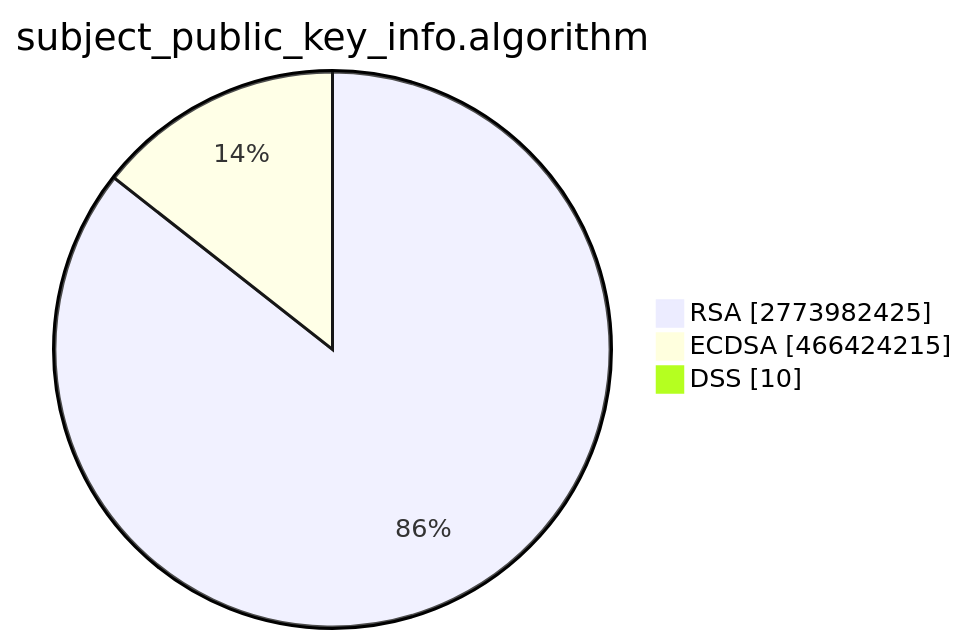
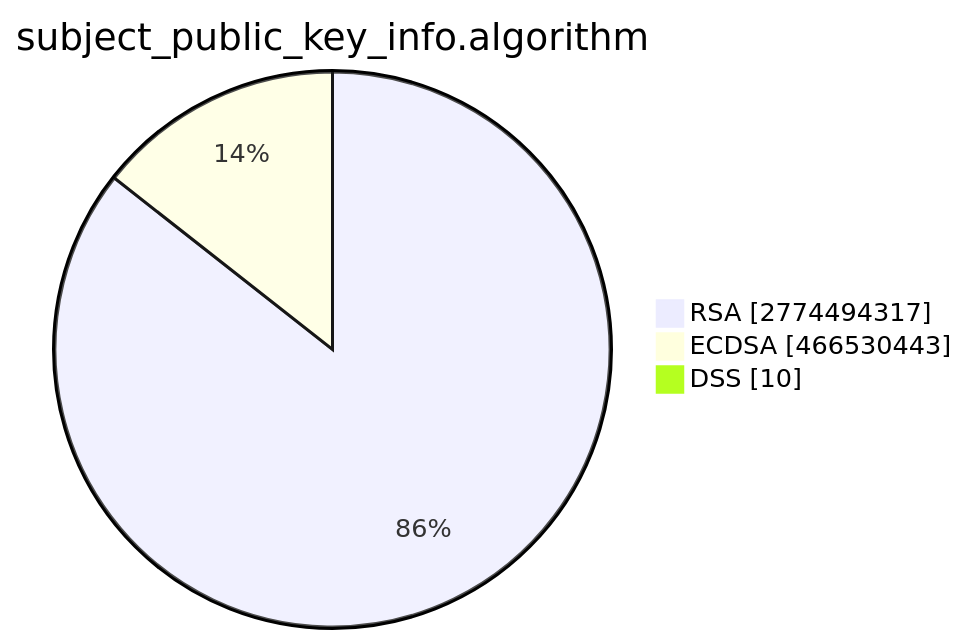
One commit to christiankrug/ctmonitor_visualization changed the second of 15 diagrams in TOTAL/README.md. Above: the diagram before and after it, drawn with Mermaid. The commit also changed other lines of this file, not shown here.

````diff
--- a/TOTAL/README.md
+++ b/TOTAL/README.md
@@ -6,7 +6,7 @@
 ```mermaid
 pie showData
 title subject_public_key_info.algorithm
-"RSA" :2773982425
-"ECDSA" :466424215
+"RSA" :2774494317
+"ECDSA" :466530443
 "DSS" :10
 ```
````
